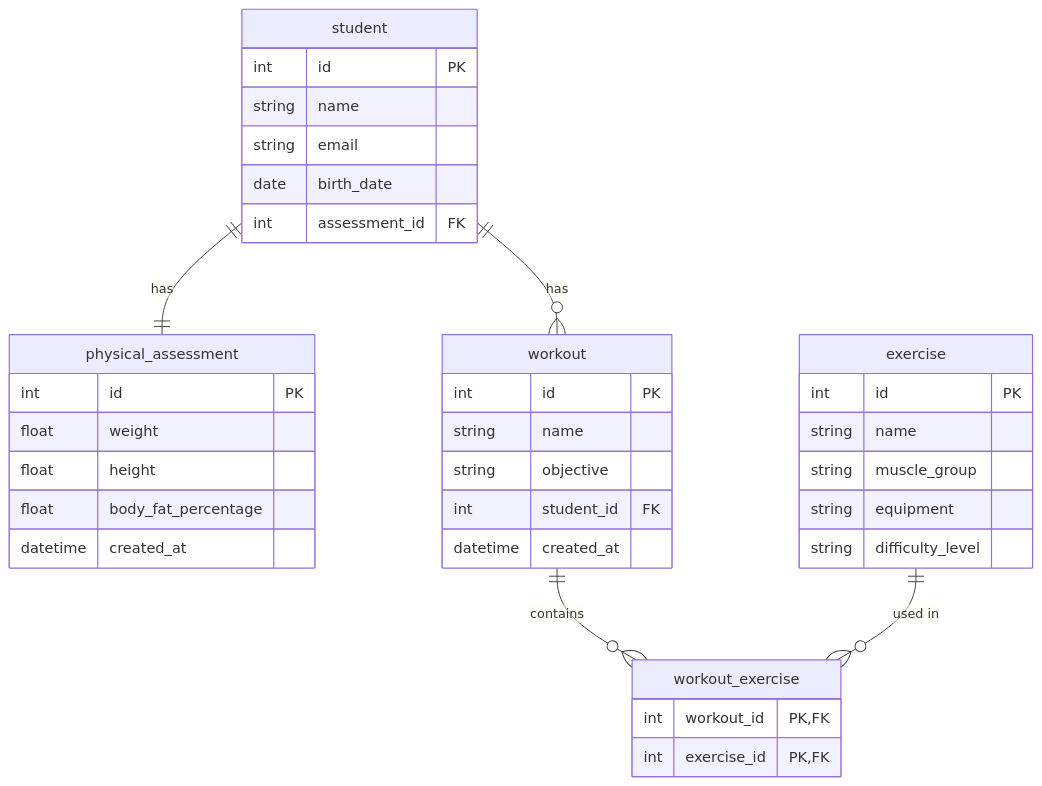
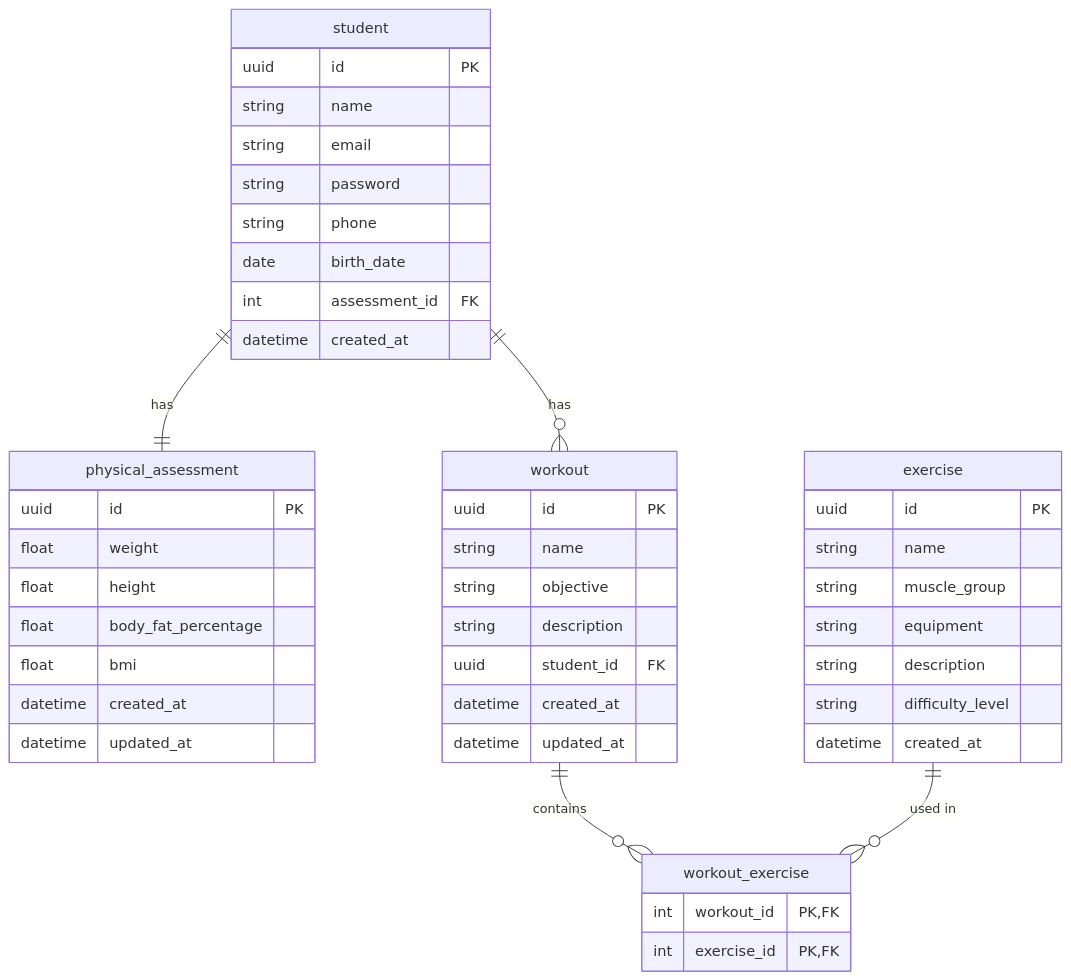
The diagram in README.md (joschonarth/spring-boot-essentials), drawn with Mermaid before and after one commit.

Commit message:
docs: update database diagram with new entity fields

````diff
--- a/README.md
+++ b/README.md
@@ -61,39 +61,48 @@
 ```mermaid
 erDiagram
     student {
-        int id PK
+        uuid id PK
         string name
         string email
+        string password
+        string phone
         date birth_date
         int assessment_id FK
+        datetime created_at
     }
     physical_assessment {
-        int id PK
+        uuid id PK
         float weight
         float height
         float body_fat_percentage
+        float bmi
         datetime created_at
+        datetime updated_at
     }
     workout {
-        int id PK
+        uuid id PK
         string name
         string objective
-        int student_id FK
+        string description
+        uuid student_id FK
         datetime created_at
+        datetime updated_at
     }
     exercise {
-        int id PK
+        uuid id PK
         string name
         string muscle_group
         string equipment
+        string description
         string difficulty_level
+        datetime created_at
     }
     workout_exercise {
         int workout_id PK, FK
         int exercise_id PK, FK
     }
     student ||--|| physical_assessment : "has"
     student ||--o{ workout : "has"
     workout ||--o{ workout_exercise : "contains"
     exercise ||--o{ workout_exercise : "used in"
 ```
````
